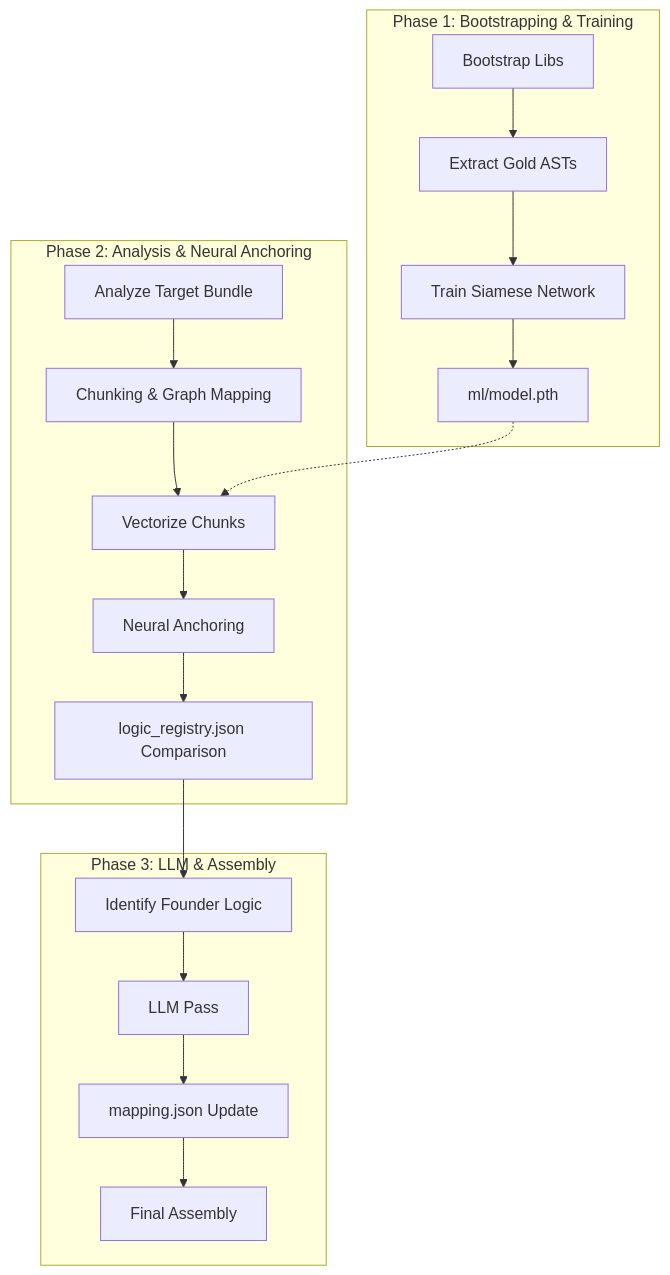
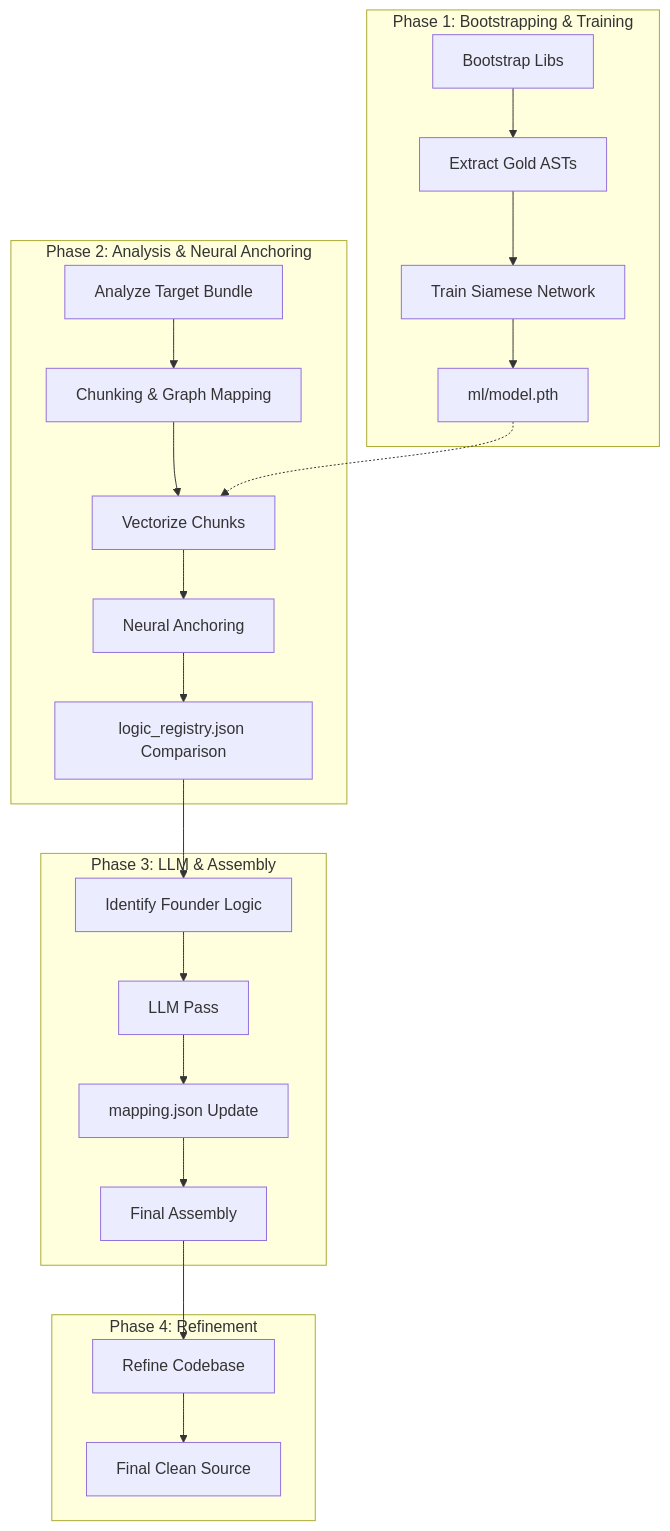
One commit to whit3rabbit/cascade-cc changed the diagram in docs/ARCHITECTURE.md. Above: the diagram before and after it, drawn with Mermaid. The commit also changed other lines of this file and 4 other files, not shown here.

Commit message:
feat: introduce LLM refinement phase, update NN architecture and parameters, extend chunk schema, and document environment configuration.

````diff
--- a/docs/ARCHITECTURE.md
+++ b/docs/ARCHITECTURE.md
@@ -41,24 +41,29 @@
 ```mermaid
 graph TD
     subgraph "Phase 1: Bootstrapping & Training"
         B1[Bootstrap Libs] --> B2[Extract Gold ASTs]
         B2 --> B3[Train Siamese Network]
         B3 --> B4[ml/model.pth]
     end
 
     subgraph "Phase 2: Analysis & Neural Anchoring"
         A1[Analyze Target Bundle] --> A2[Chunking & Graph Mapping]
         A2 --> A3[Vectorize Chunks]
         A3 --> A4[Neural Anchoring]
         A4 --> A5[logic_registry.json Comparison]
     end
 
     subgraph "Phase 3: LLM & Assembly"
         L1[Identify Founder Logic] --> L2[LLM Pass]
         L2 --> L3[mapping.json Update]
         L3 --> L4[Final Assembly]
     end
 
+    subgraph "Phase 4: Refinement"
+        R1[Refine Codebase] --> R2[Final Clean Source]
+    end
+
     B4 -.-> A3
     A5 --> L1
+    L4 --> R1
 ```
````
